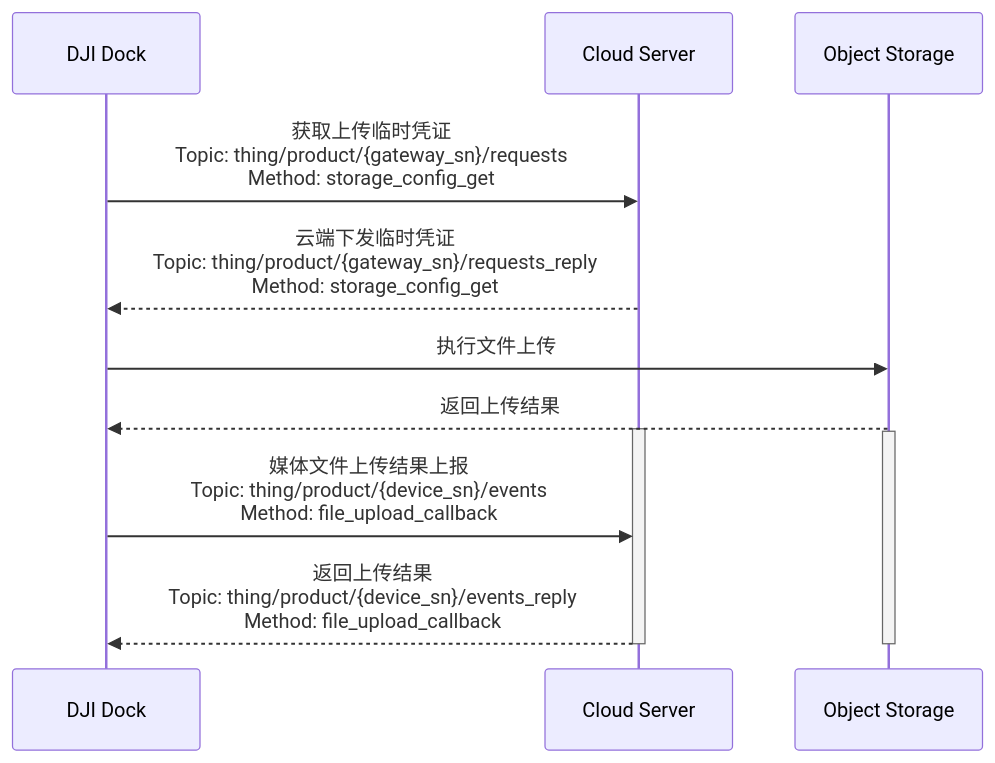
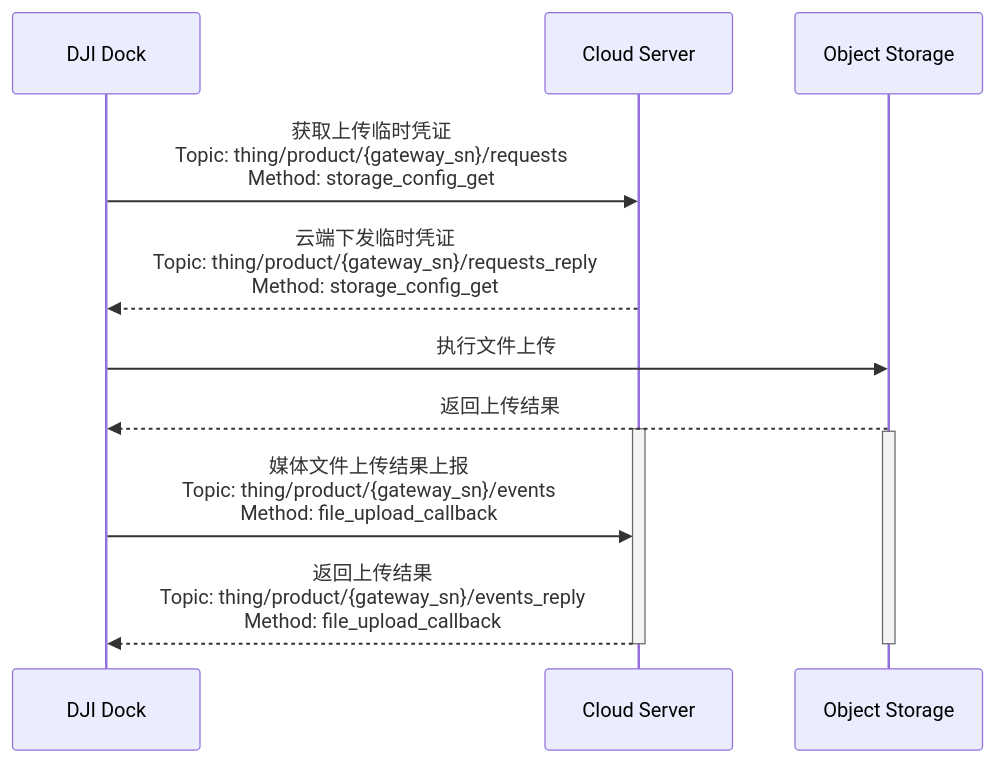
Before and after one commit to dji-sdk/Cloud-API-Doc: the diagram in docs/cn/30.feature-set/20.dock-feature-set/40.dock-media-management.md, drawn with Mermaid. The commit also changed other lines of this file and 152 other files, not shown here.

````diff
--- a/docs/cn/30.feature-set/20.dock-feature-set/40.dock-media-management.md
+++ b/docs/cn/30.feature-set/20.dock-feature-set/40.dock-media-management.md
@@ -8,20 +8,20 @@
 ```mermaid
 sequenceDiagram
 
 participant client  as DJI Dock
 participant server as Cloud Server
 participant oss as Object Storage
 
 client ->> server : 获取上传临时凭证<br/>Topic: thing/product/{gateway_sn}/requests<br/>Method: storage_config_get
 server -->> client : 云端下发临时凭证<br/>Topic: thing/product/{gateway_sn}/requests_reply<br/>Method: storage_config_get
 client ->> oss : 执行文件上传
 oss -->> client : 返回上传结果
 
 activate server
 activate oss
-client ->> server : 媒体文件上传结果上报<br/>Topic: thing/product/{device_sn}/events<br/>Method: file_upload_callback
-server -->> client : 返回上传结果<br/>Topic: thing/product/{device_sn}/events_reply<br/>Method: file_upload_callback
+client ->> server : 媒体文件上传结果上报<br/>Topic: thing/product/{gateway_sn}/events<br/>Method: file_upload_callback
+server -->> client : 返回上传结果<br/>Topic: thing/product/{gateway_sn}/events_reply<br/>Method: file_upload_callback
 deactivate server
 deactivate oss
 
 ```
````
